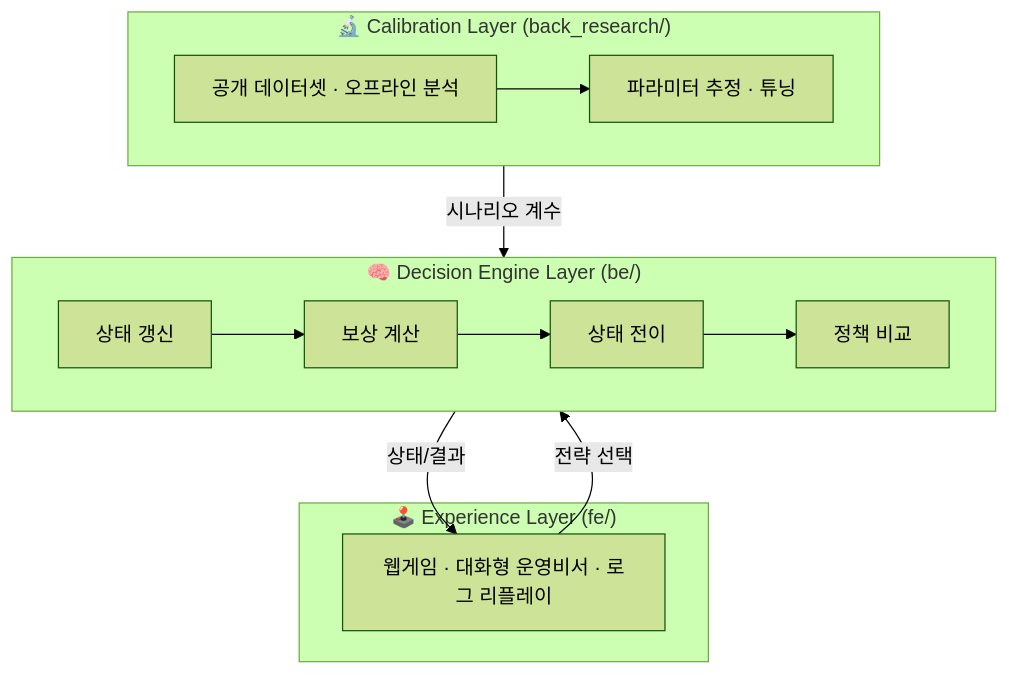
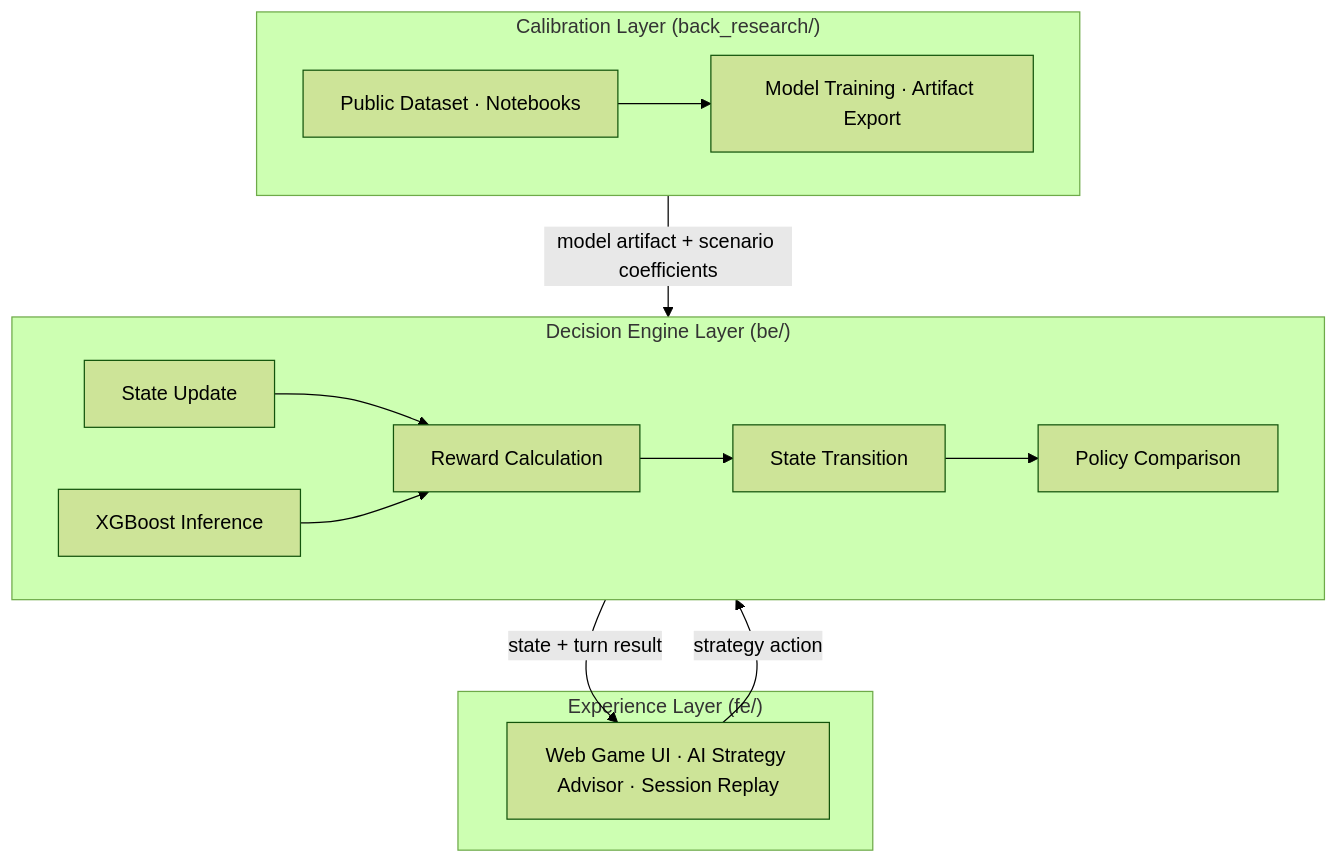
Before and after one commit to vosnuev/ceo-business-simulator: the diagram in README.md, drawn with Mermaid (forest theme). The commit also changed other lines of this file, not shown here.

````diff
--- a/README.md
+++ b/README.md
@@ -65,18 +147,19 @@
 ```mermaid
 flowchart TD
-    subgraph EXP["🕹️ Experience Layer (fe/)"]
-        UI[웹게임 · 대화형 운영비서 · 로그 리플레이]
+    subgraph EXP["Experience Layer (fe/)"]
+        UI[Web Game UI · AI Strategy Advisor · Session Replay]
     end
-    subgraph ENG["🧠 Decision Engine Layer (be/)"]
-        ST[상태 갱신] --> RW[보상 계산]
-        RW --> TR[상태 전이]
-        TR --> PC[정책 비교]
+    subgraph ENG["Decision Engine Layer (be/)"]
+        ST[State Update] --> RW[Reward Calculation]
+        RW --> TR[State Transition]
+        TR --> PC[Policy Comparison]
+        INF[XGBoost Inference] --> RW
     end
-    subgraph CAL["🔬 Calibration Layer (back_research/)"]
-        DATA[공개 데이터셋 · 오프라인 분석] --> PARAM[파라미터 추정 · 튜닝]
+    subgraph CAL["Calibration Layer (back_research/)"]
+        DATA[Public Dataset · Notebooks] --> PARAM[Model Training · Artifact Export]
     end
 
-    UI -->|전략 선택| ENG
-    ENG -->|상태/결과| UI
-    CAL -->|시나리오 계수| ENG
+    UI -->|strategy action| ENG
+    ENG -->|state + turn result| UI
+    CAL -->|model artifact + scenario coefficients| ENG
 ```
````
